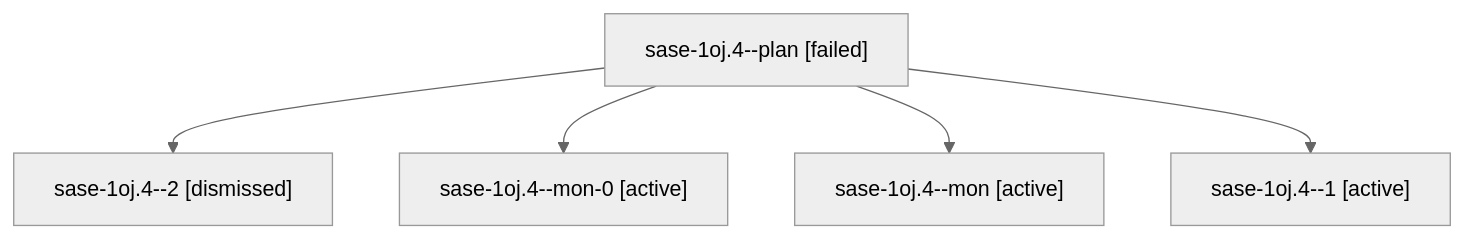
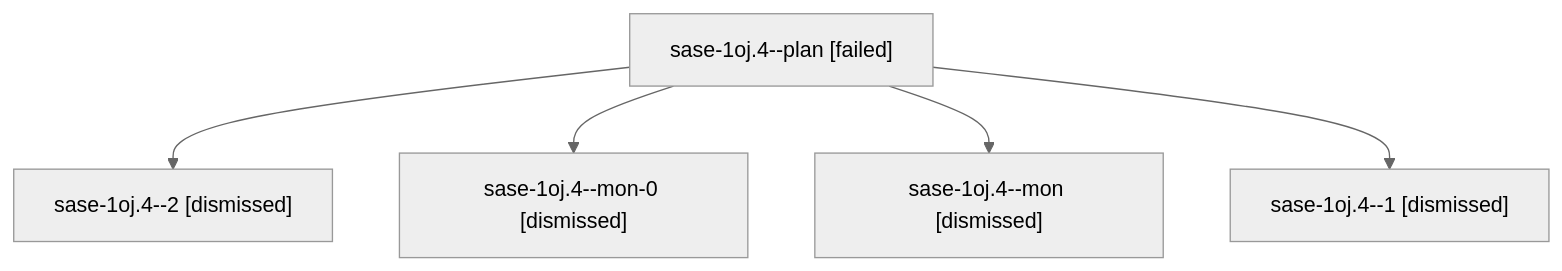
The diagram in sessions/bbugyi200.apollo.sase-1oj.4.md (sase-org/sase--agents), drawn with Mermaid (neutral theme) before and after one commit. The commit also changed other lines of this file and 48 other files, not shown here.

````diff
--- a/sessions/bbugyi200.apollo.sase-1oj.4.md
+++ b/sessions/bbugyi200.apollo.sase-1oj.4.md
@@ -9,12 +9,12 @@
 ```mermaid
 flowchart TD
   n0["sase-1oj.4--plan [failed]"]
   n1["sase-1oj.4--2 [dismissed]"]
   n0 --> n1
-  n2["sase-1oj.4--mon-0 [active]"]
+  n2["sase-1oj.4--mon-0 [dismissed]"]
   n0 --> n2
-  n3["sase-1oj.4--mon [active]"]
+  n3["sase-1oj.4--mon [dismissed]"]
   n0 --> n3
-  n4["sase-1oj.4--1 [active]"]
+  n4["sase-1oj.4--1 [dismissed]"]
   n0 --> n4
 ```
````
